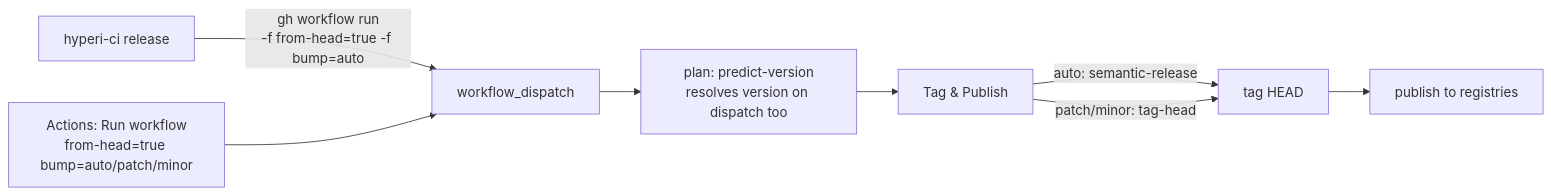
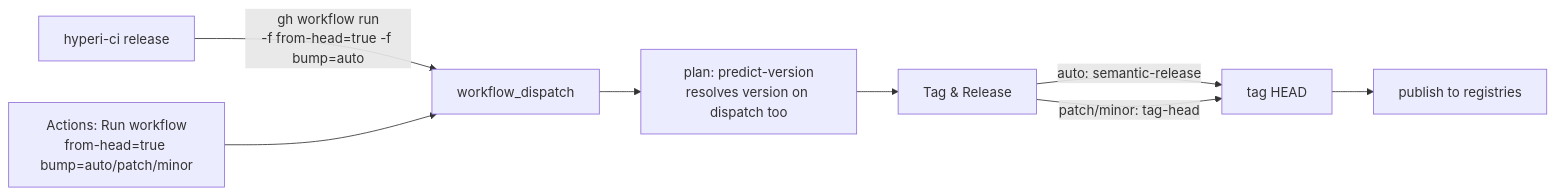
One commit to hyperi-io/hyperi-ci changed the seventh of 7 diagrams in docs/flow.md. Above: the diagram before and after it, drawn with Mermaid. The commit also changed other lines of this file and 11 other files, not shown here.

````diff
--- a/docs/flow.md
+++ b/docs/flow.md
@@ -201,10 +201,10 @@
 ```mermaid
 flowchart LR
     CLI[hyperi-ci release] -->|gh workflow run<br/>-f from-head=true -f bump=auto| WD[workflow_dispatch]
     BUTTON[Actions: Run workflow<br/>from-head=true bump=auto/patch/minor] --> WD
     WD --> PLAN[plan: predict-version<br/>resolves version on dispatch too]
-    PLAN --> TAIL[Tag & Publish]
+    PLAN --> TAIL[Tag & Release]
     TAIL -->|auto: semantic-release| TAG[tag HEAD]
     TAIL -->|patch/minor: tag-head| TAG
     TAG --> PUB[publish to registries]
 ```
````
